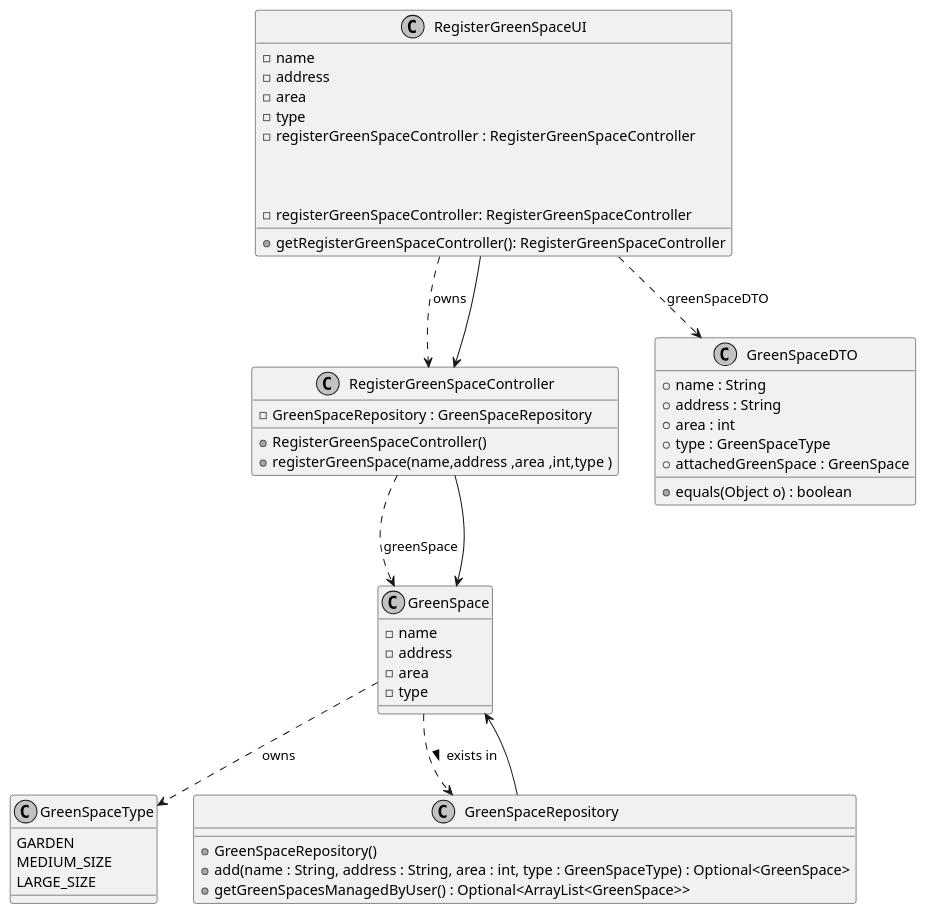
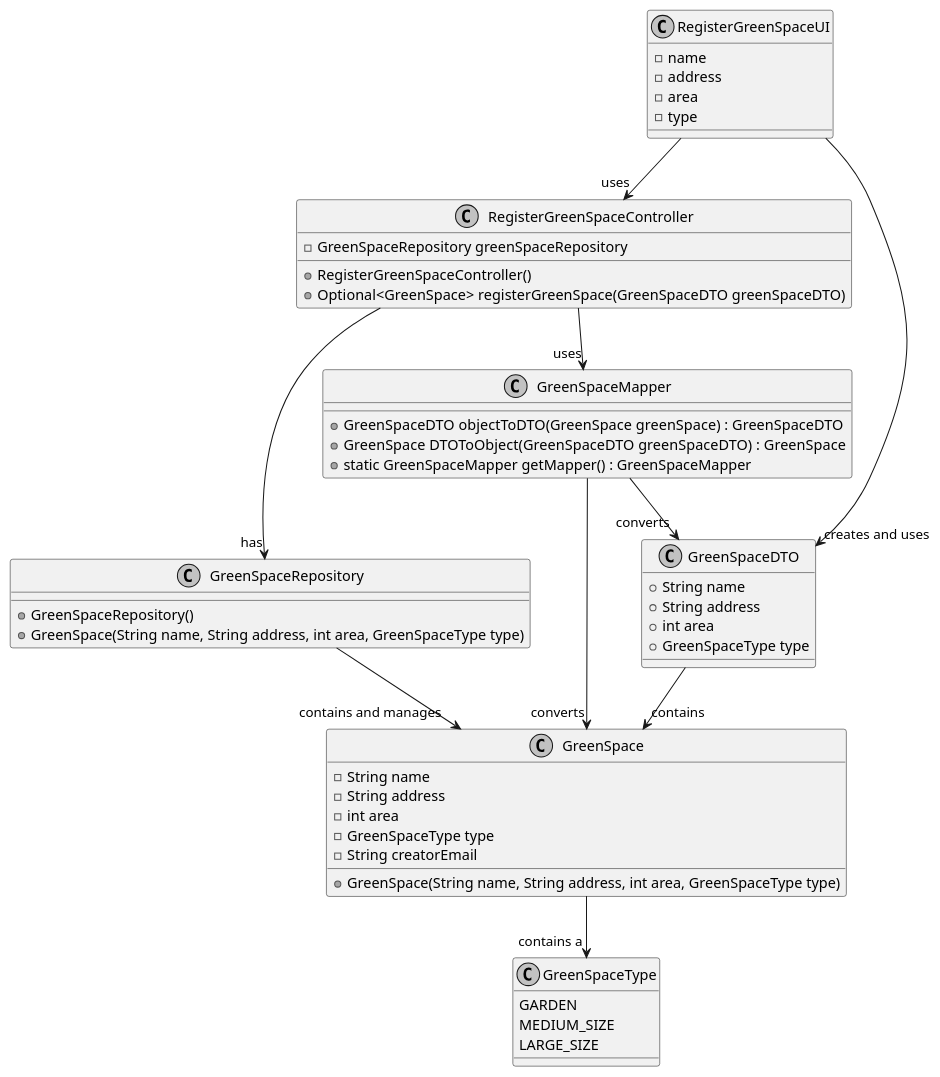
One commit to Departamento-de-Engenharia-Informatica/lei-24-s2-1dkl-g134 changed the diagram in docs/sprintC/us020/03.design/puml/us020-class-diagram.puml. Above: the diagram before and after it, drawn with PlantUML. The commit also changed 1 other file, not shown here.

Commit message:
US020 Class Diagram Done

```diff
--- a/docs/sprintC/us020/03.design/puml/us020-class-diagram.puml
+++ b/docs/sprintC/us020/03.design/puml/us020-class-diagram.puml
@@ -1,78 +1,71 @@
 @startuml
 skinparam monochrome true
 skinparam packageStyle rectangle
 skinparam shadowing false
 skinparam linetype polyline
 skinparam linetype orto
 
 
+class "GreenSpace" {
+    -String name
+    -String address
+    -int area
+    -GreenSpaceType type
+    -String creatorEmail
 
-class "GreenSpace" {
-    -name
-    -address
-    -area
-    -type
+    +GreenSpace(String name, String address, int area, GreenSpaceType type)
+
 
 }
 
 class "GreenSpaceType" {
     GARDEN
     MEDIUM_SIZE
     LARGE_SIZE
 }
 
 class "RegisterGreenSpaceController" {
-    -GreenSpaceRepository : GreenSpaceRepository
+    -GreenSpaceRepository greenSpaceRepository
+
     +RegisterGreenSpaceController()
-    +registerGreenSpace(name,address ,area ,int,type )
+    +Optional<GreenSpace> registerGreenSpace(GreenSpaceDTO greenSpaceDTO)
 }
 
 class "GreenSpaceRepository" {
+    +GreenSpaceRepository()
+    +GreenSpace(String name, String address, int area, GreenSpaceType type)
 
-    +GreenSpaceRepository()
-    +add(name : String, address : String, area : int, type : GreenSpaceType) : Optional<GreenSpace>
-    +getGreenSpacesManagedByUser() : Optional<ArrayList<GreenSpace>>
 }
 
 class "GreenSpaceDTO" {
-    +name : String
-    +address : String
-    +area : int
-    +type : GreenSpaceType
-    +attachedGreenSpace : GreenSpace
-    +equals(Object o) : boolean
-}
-
-
-
-class "RegisterGreenSpaceUI" {
-    -name
-    -address
-    -area
-    -type
-    -registerGreenSpaceController : RegisterGreenSpaceController
-
+    +String name
+    +String address
+    +int area
+    +GreenSpaceType type
 
 }
 
+class "GreenSpaceMapper" {
+    +GreenSpaceDTO objectToDTO(GreenSpace greenSpace) : GreenSpaceDTO
+    +GreenSpace DTOToObject(GreenSpaceDTO greenSpaceDTO) : GreenSpace
+    +static GreenSpaceMapper getMapper() : GreenSpaceMapper
+}
 
-
-class RegisterGreenSpaceUI {
-
-    - registerGreenSpaceController: RegisterGreenSpaceController
-
-    + getRegisterGreenSpaceController(): RegisterGreenSpaceController
+class "RegisterGreenSpaceUI" {
+    - name
+    -address
+    - area
+    -type
 
 }
 
-
-RegisterGreenSpaceController ..> GreenSpace : greenSpace
-GreenSpace ..> GreenSpaceRepository : exists in >
-RegisterGreenSpaceUI ..> RegisterGreenSpaceController : owns
-RegisterGreenSpaceUI ..> GreenSpaceDTO : greenSpaceDTO
-GreenSpace ..> GreenSpaceType : owns
-RegisterGreenSpaceController --> GreenSpace
-GreenSpaceRepository --> GreenSpace
-RegisterGreenSpaceUI --> RegisterGreenSpaceController
-
+GreenSpaceRepository --> "contains and manages" GreenSpace
+RegisterGreenSpaceController --> "has" GreenSpaceRepository
+RegisterGreenSpaceUI --> "uses" RegisterGreenSpaceController
+RegisterGreenSpaceUI --> "creates and uses" GreenSpaceDTO
+GreenSpace --> "contains a" GreenSpaceType
+GreenSpaceDTO --> "contains " GreenSpace
+GreenSpaceMapper --> "converts" GreenSpace
+GreenSpaceMapper --> "converts" GreenSpaceDTO
+RegisterGreenSpaceController --> "uses" GreenSpaceMapper
 @enduml
```
